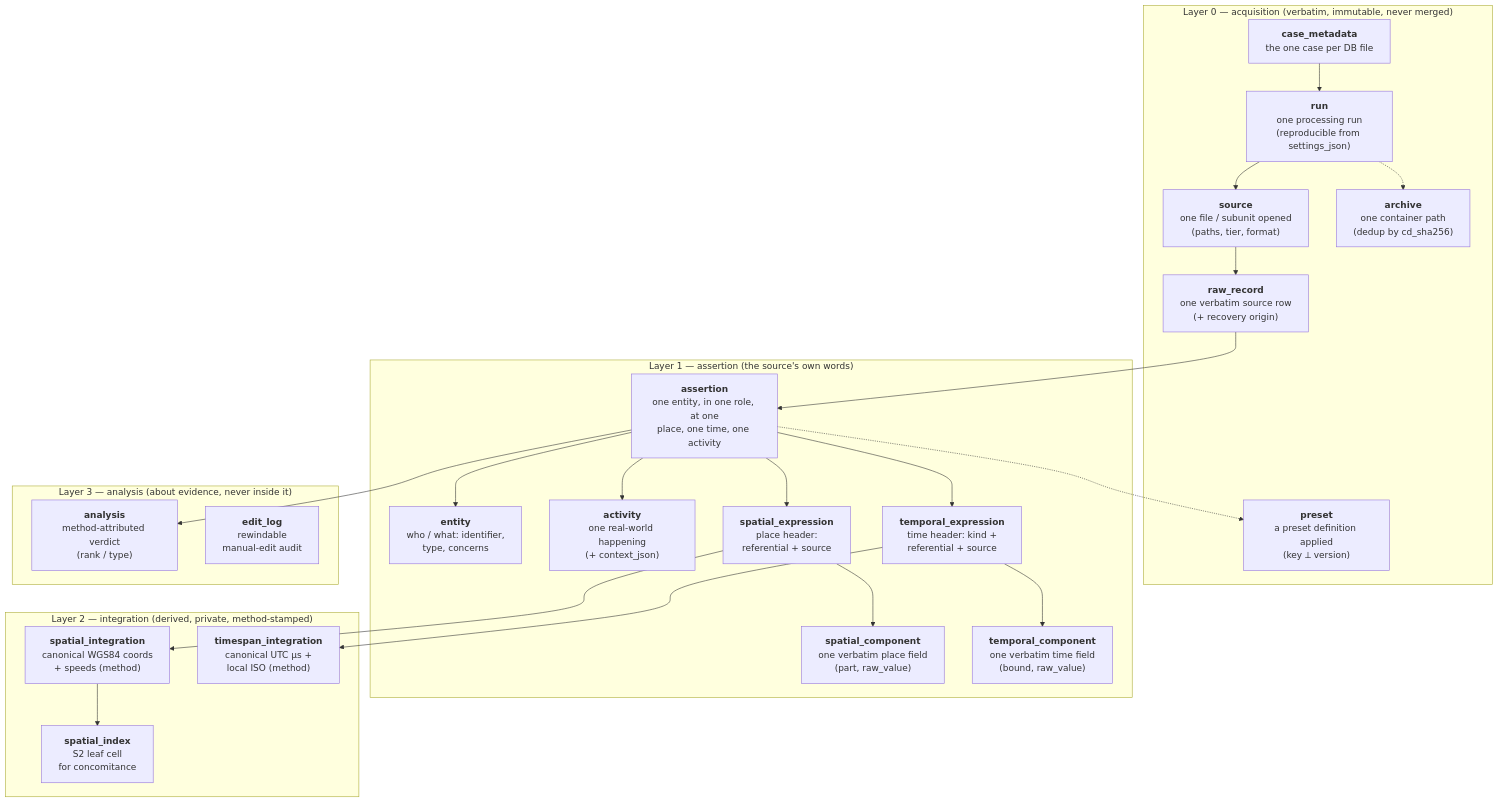
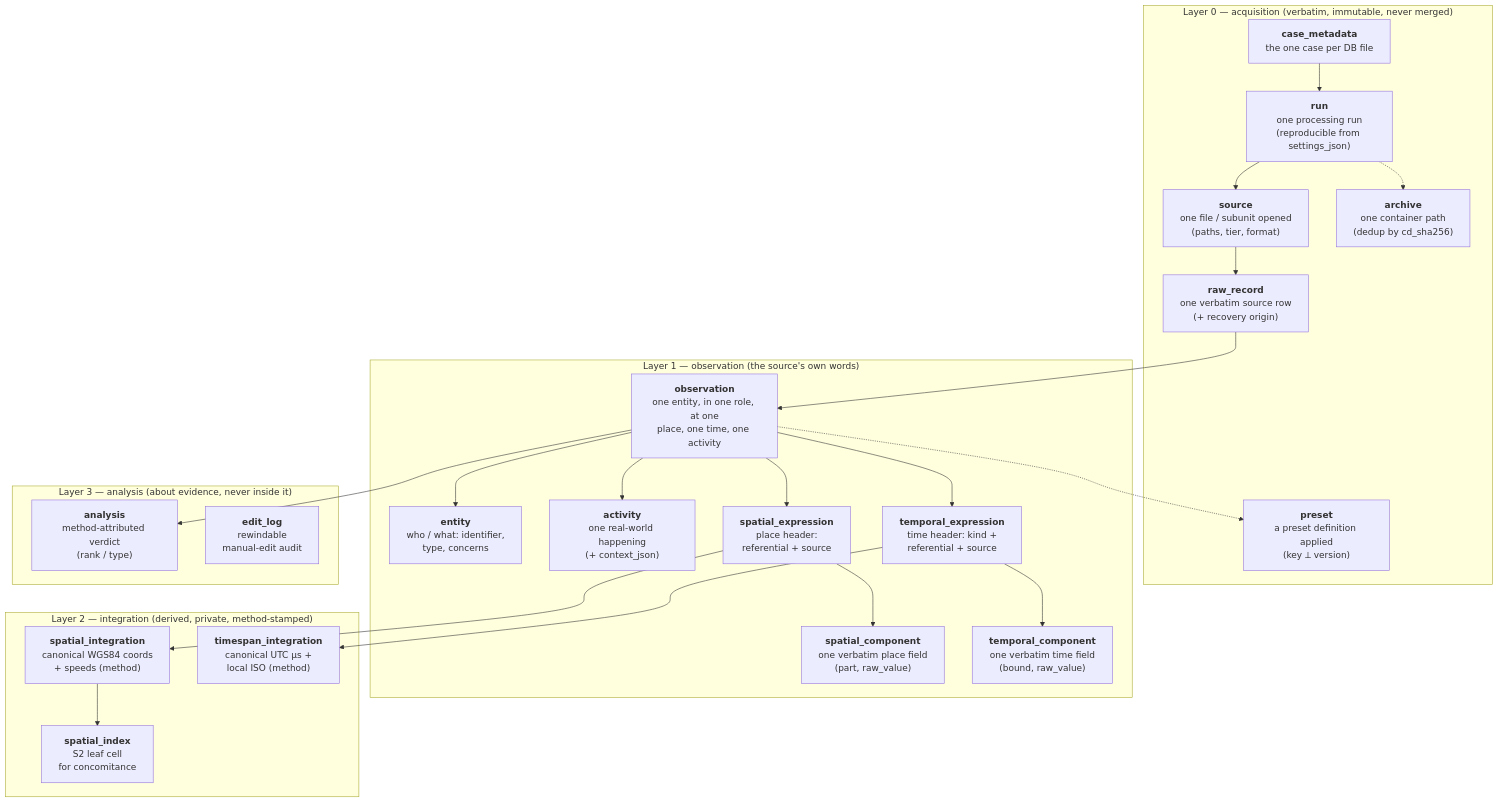
Before and after one commit to Ben0x0a/mATLAS: the diagram in docs/model/schema.md, drawn with Mermaid. The commit also changed other lines of this file and 86 other files, not shown here.

Commit message:
refactor: rename assertion to observation

````diff
--- a/docs/model/schema.md
+++ b/docs/model/schema.md
@@ -36,39 +36,39 @@
 ```mermaid
 flowchart TB
   subgraph L0["Layer 0 — acquisition (verbatim, immutable, never merged)"]
     caseT["<b>case_metadata</b><br/>the one case per DB file"]
     runT["<b>run</b><br/>one processing run<br/>(reproducible from settings_json)"]
     sourceT["<b>source</b><br/>one file / subunit opened<br/>(paths, tier, format)"]
     rawT["<b>raw_record</b><br/>one verbatim source row<br/>(+ recovery origin)"]
     archiveT["<b>archive</b><br/>one container path<br/>(dedup by cd_sha256)"]
     presetT["<b>preset</b><br/>a preset definition applied<br/>(key ⟂ version)"]
   end
-  subgraph L1["Layer 1 — assertion (the source's own words)"]
-    assertT["<b>assertion</b><br/>one entity, in one role, at one<br/>place, one time, one activity"]
+  subgraph L1["Layer 1 — observation (the source's own words)"]
+    assertT["<b>observation</b><br/>one entity, in one role, at one<br/>place, one time, one activity"]
     entityT["<b>entity</b><br/>who / what: identifier,<br/>type, concerns"]
     activityT["<b>activity</b><br/>one real-world happening<br/>(+ context_json)"]
     sexprT["<b>spatial_expression</b><br/>place header:<br/>referential + source"]
     scompT["<b>spatial_component</b><br/>one verbatim place field<br/>(part, raw_value)"]
     texprT["<b>temporal_expression</b><br/>time header: kind +<br/>referential + source"]
     tcompT["<b>temporal_component</b><br/>one verbatim time field<br/>(bound, raw_value)"]
   end
   subgraph L2["Layer 2 — integration (derived, private, method-stamped)"]
     sintT["<b>spatial_integration</b><br/>canonical WGS84 coords<br/>+ speeds (method)"]
     sidxT["<b>spatial_index</b><br/>S2 leaf cell<br/>for concomitance"]
     tintT["<b>timespan_integration</b><br/>canonical UTC µs +<br/>local ISO (method)"]
   end
   subgraph L3["Layer 3 — analysis (about evidence, never inside it)"]
     analysisT["<b>analysis</b><br/>method-attributed verdict<br/>(rank / type)"]
     editT["<b>edit_log</b><br/>rewindable<br/>manual-edit audit"]
   end
   caseT --> runT --> sourceT --> rawT --> assertT
   runT -.-> archiveT
   assertT -.-> presetT
   assertT --> entityT
   assertT --> activityT
   assertT --> sexprT --> scompT
   assertT --> texprT --> tcompT
   sexprT --> sintT --> sidxT
   texprT --> tintT
   assertT --> analysisT
 ```
````
